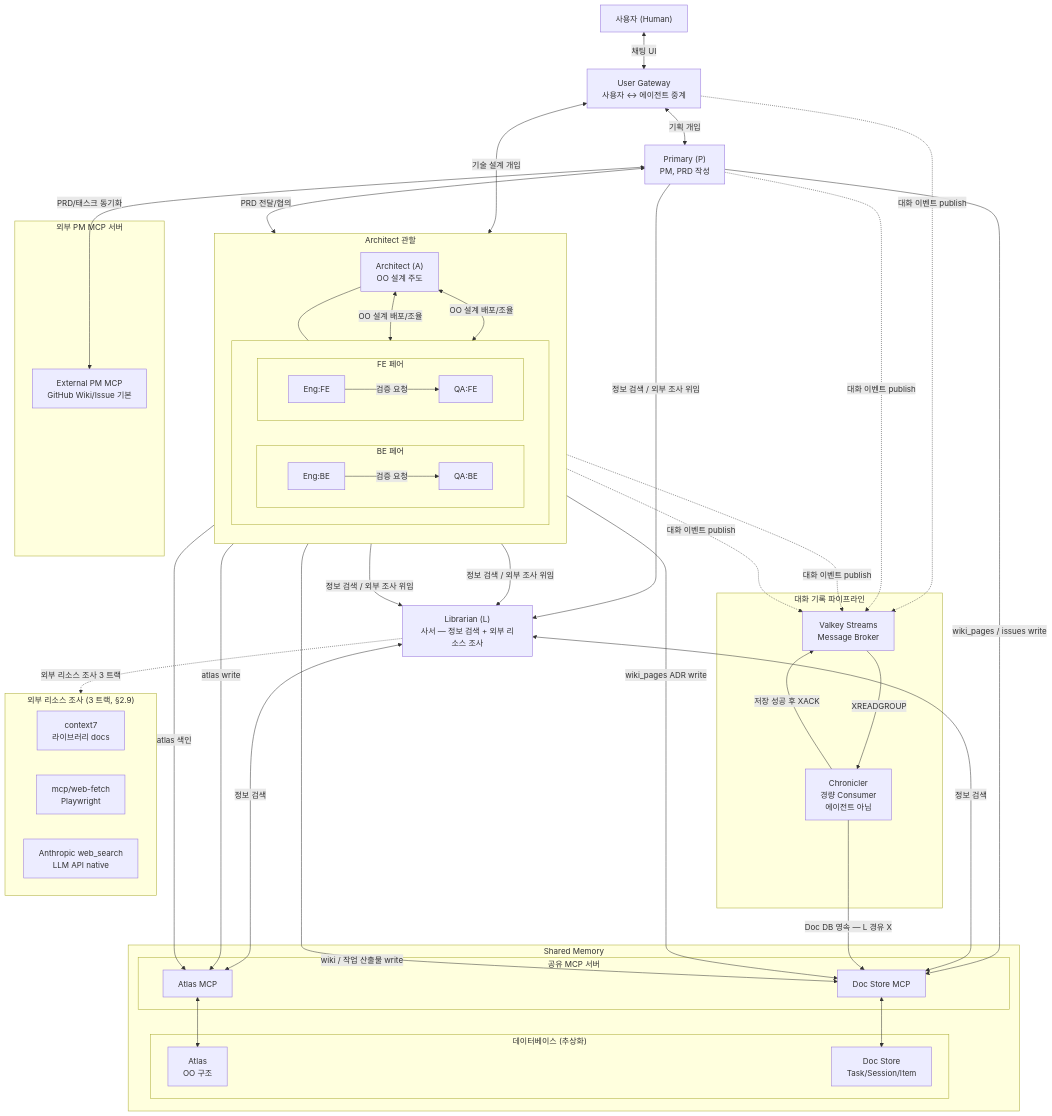
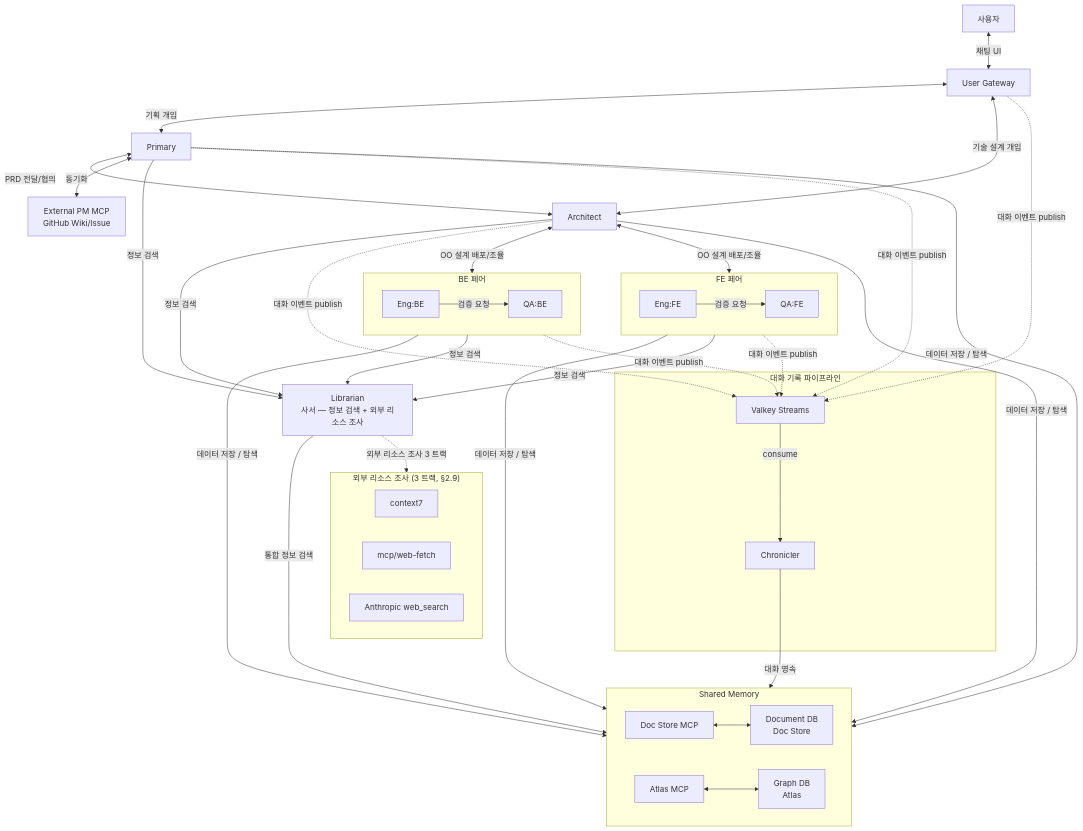
The first of 13 diagrams in docs/proposal.md (vonkernel/dev-team), drawn with Mermaid before and after one commit. The commit also changed other lines of this file, not shown here.

Commit message:
docs(proposal): §2.1 다이어그램 단순화 — 페어 단위 + 데이터 접근 추상 라벨 (#63)
사용자 정정 사항 반영:
- ArchGroup 박스 제거 (불필요한 추상화)
- Pairs 노드 → BE 페어 / FE 페어 subgraph (Eng_BE / QA_BE / Eng_FE / QA_FE 4 에이전트 표시)
- 페어 단위 화살표 (`PairBE & PairFE -->`) — 데이터 저장 / 정보 검색 / publish
  모두 페어 단위 묶음 표기
- L → SharedMemory 라벨 "정보 검색" → "통합 정보 검색" (Atlas + Doc Store 교차 의미)
- L 입력 라벨 "정보 검색 / 외부 조사 위임" → "정보 검색" 단순화 (외부 조사
  포함 개념)
- "공유 MCP 서버 (Shared Memory)" 박스 → "Shared Memory" (이름만)
  · 박스 안에 MCP 2개 + DB 2개 모두 표시 + 박스 안 화살표
- Eng → QA 검증 화살표를 페어 subgraph 안에 inline
- A2A publish 4 화살표 → mermaid `&` 묶음 1 라인
- Chronicler XREADGROUP / XACK 디테일은 메인에서 제거 (§2.6)

다이어그램 아래 "단순화 주석" 표 갱신 — 페어 단위 / 데이터 저장·탐색 /
정보 검색 / 통합 정보 검색 / 외부 리소스 조사 / 대화 이벤트 publish 의 의미
풀이.

화살표 수: 25 → 13. 추상도 ↑ 가독성 ↑.

````diff
--- a/docs/proposal.md
+++ b/docs/proposal.md
@@ -40,56 +40,41 @@
 ```mermaid
 graph TD
-    User["사용자 (Human)"]
-    UG["User Gateway<br/>사용자 ↔ 에이전트 중계"]
+    User["사용자"]
+    UG["User Gateway"]
 
-    P["Primary (P)<br/>PM, PRD 작성"]
+    P["Primary"]
+    A["Architect"]
 
-    subgraph ArchGroup["Architect 관할"]
-        direction TB
-        A["Architect (A)<br/>OO 설계 주도"]
-
-        subgraph Pairs[" "]
-            direction LR
-            subgraph PairBE["BE 페어"]
-                Eng_BE["Eng:BE"]
-                QA_BE["QA:BE"]
-            end
-
-            subgraph PairFE["FE 페어"]
-                Eng_FE["Eng:FE"]
-                QA_FE["QA:FE"]
-            end
-        end
-
-        A --- Pairs
+    subgraph PairBE["BE 페어"]
+        Eng_BE["Eng:BE"] -->|검증 요청| QA_BE["QA:BE"]
     end
 
-    L["Librarian (L)<br/>사서 — 정보 검색 + 외부 리소스 조사"]
+    subgraph PairFE["FE 페어"]
+        Eng_FE["Eng:FE"] -->|검증 요청| QA_FE["QA:FE"]
+    end
 
-    subgraph MemoryZone["Shared Memory"]
-        subgraph DB["데이터베이스 (추상화)"]
-            GraphDB["Atlas<br/>OO 구조"]
-            DocDB["Doc Store<br/>Task/Session/Item"]
-        end
-        subgraph MCP["공유 MCP 서버"]
-            GraphMCP["Atlas MCP"]
-            DocMCP["Doc Store MCP"]
-        end
+    L["Librarian<br/>사서 — 정보 검색 + 외부 리소스 조사"]
+
+    subgraph SharedMemory["Shared Memory"]
+        DocMCP["Doc Store MCP"]
+        GraphMCP["Atlas MCP"]
+        DocDB["Document DB<br/>Doc Store"]
+        GraphDB["Graph DB<br/>Atlas"]
+        DocMCP <--> DocDB
+        GraphMCP <--> GraphDB
     end
 
     subgraph EventPipe["대화 기록 파이프라인"]
-        Broker["Valkey Streams<br/>Message Broker"]
-        Chronicler["Chronicler<br/>경량 Consumer<br/>에이전트 아님"]
+        Broker["Valkey Streams"]
+        Chronicler["Chronicler"]
     end
 
-    subgraph ExtMCP["외부 PM MCP 서버"]
-        ExtPmMCP["External PM MCP<br/>GitHub Wiki/Issue 기본"]
-    end
+    ExtPmMCP["External PM MCP<br/>GitHub Wiki/Issue"]
 
     subgraph ResearchTracks["외부 리소스 조사 (3 트랙, §2.9)"]
-        Ctx7["context7<br/>라이브러리 docs"]
-        WebFetch["mcp/web-fetch<br/>Playwright"]
-        WebSearch["Anthropic web_search<br/>LLM API native"]
+        Ctx7["context7"]
+        WebFetch["mcp/web-fetch"]
+        WebSearch["Anthropic web_search"]
     end
 
     %% 사용자 접점
@@ -97,49 +82,24 @@
     UG <-->|기획 개입| P
     UG <-->|기술 설계 개입| A
 
-    %% P ↔ A
+    %% 에이전트 간 협업
     P <-->|PRD 전달/협의| A
-
-    %% 외부 PM MCP는 P 단독 창구
-    P <-->|PRD/태스크 동기화| ExtPmMCP
-
-    %% A ↔ 각 페어
     A <-->|OO 설계 배포/조율| PairBE
     A <-->|OO 설계 배포/조율| PairFE
 
-    %% Eng → QA
-    Eng_BE -->|검증 요청| QA_BE
-    Eng_FE -->|검증 요청| QA_FE
+    %% 외부 PM 도구 — P 단독 창구
+    P <-->|동기화| ExtPmMCP
 
-    %% MCP ↔ DB
-    GraphMCP <--> GraphDB
-    DocMCP <--> DocDB
+    %% Shared Memory — 에이전트 직접 데이터 저장 / 탐색
+    P & A & PairBE & PairFE -->|데이터 저장 / 탐색| SharedMemory
+    Chronicler -->|대화 영속| SharedMemory
 
-    %% write 직접 — 각 에이전트가 자기 도메인 데이터를 적절한 MCP 에 직접 write
-    P -->|wiki_pages / issues write| DocMCP
-    A -->|atlas write| GraphMCP
-    A -->|wiki_pages ADR write| DocMCP
-    Pairs -->|atlas 색인| GraphMCP
-    Pairs -->|wiki / 작업 산출물 write| DocMCP
-
-    %% L 에게 위임 — 정보 검색 + 외부 리소스 조사
-    P -->|정보 검색 / 외부 조사 위임| L
-    A -->|정보 검색 / 외부 조사 위임| L
-    Pairs -->|정보 검색 / 외부 조사 위임| L
-
-    %% L 이 backend 호출 — DB 정보 검색 + 외부 리소스 조사 단독 수행
-    L <-->|정보 검색| GraphMCP
-    L <-->|정보 검색| DocMCP
+    %% 정보 검색 — L 전담 (외부 리소스 조사 포함 개념)
+    P & A & PairBE & PairFE -->|정보 검색| L
+    L -->|통합 정보 검색| SharedMemory
     L -.->|외부 리소스 조사 3 트랙| ResearchTracks
 
-    %% A2A 대화 이벤트는 Broker로 publish
-    UG -.->|대화 이벤트 publish| Broker
-    P -.->|대화 이벤트 publish| Broker
-    A -.->|대화 이벤트 publish| Broker
-    Pairs -.->|대화 이벤트 publish| Broker
-
-    %% Chronicler — Broker 구독 후 Doc DB 직접 영속
-    Broker -->|XREADGROUP| Chronicler
-    Chronicler -->|저장 성공 후 XACK| Broker
-    Chronicler -->|Doc DB 영속 — L 경유 X| DocMCP
+    %% A2A 대화 이벤트 publish
+    UG & P & A & PairBE & PairFE -.->|대화 이벤트 publish| Broker
+    Broker -->|consume| Chronicler
 ```
````
